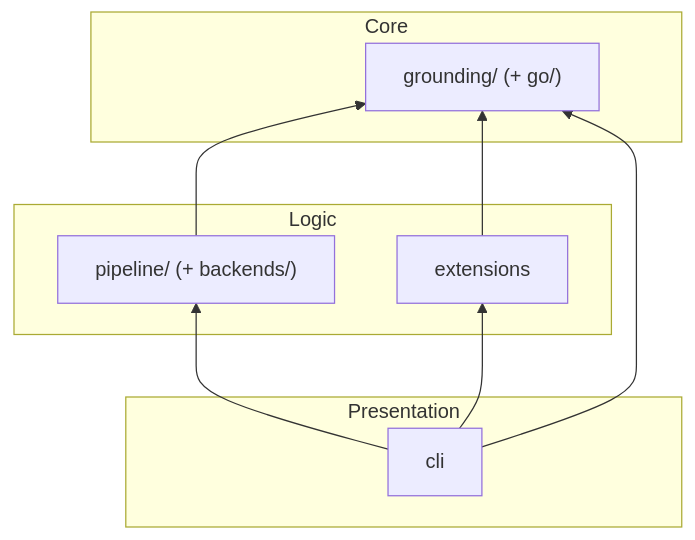
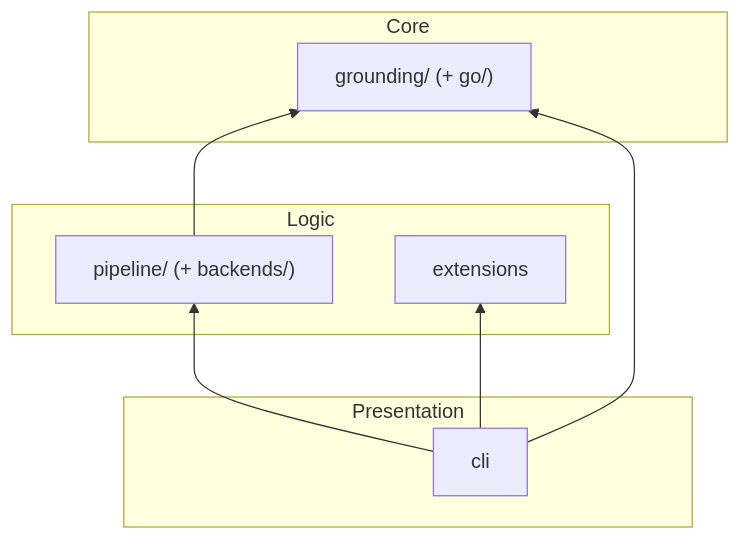
One commit to cabal19421/harness-oss changed the fourth of 4 diagrams in ARCHITECTURE.md. Above: the diagram before and after it, drawn with Mermaid. The commit also changed other lines of this file and 100 other files, not shown here.

````diff
--- a/ARCHITECTURE.md
+++ b/ARCHITECTURE.md
@@ -340,19 +412,18 @@
 ```mermaid
 flowchart BT
     subgraph Core
         GROUND["grounding/ (+ go/)"]
     end
     subgraph Logic
         PIPE["pipeline/ (+ backends/)"]
         EXT["extensions"]
     end
     subgraph Presentation
         CLI["cli"]
     end
 
     PIPE --> GROUND
-    EXT --> GROUND
     CLI --> PIPE
     CLI --> GROUND
     CLI --> EXT
 ```
````
